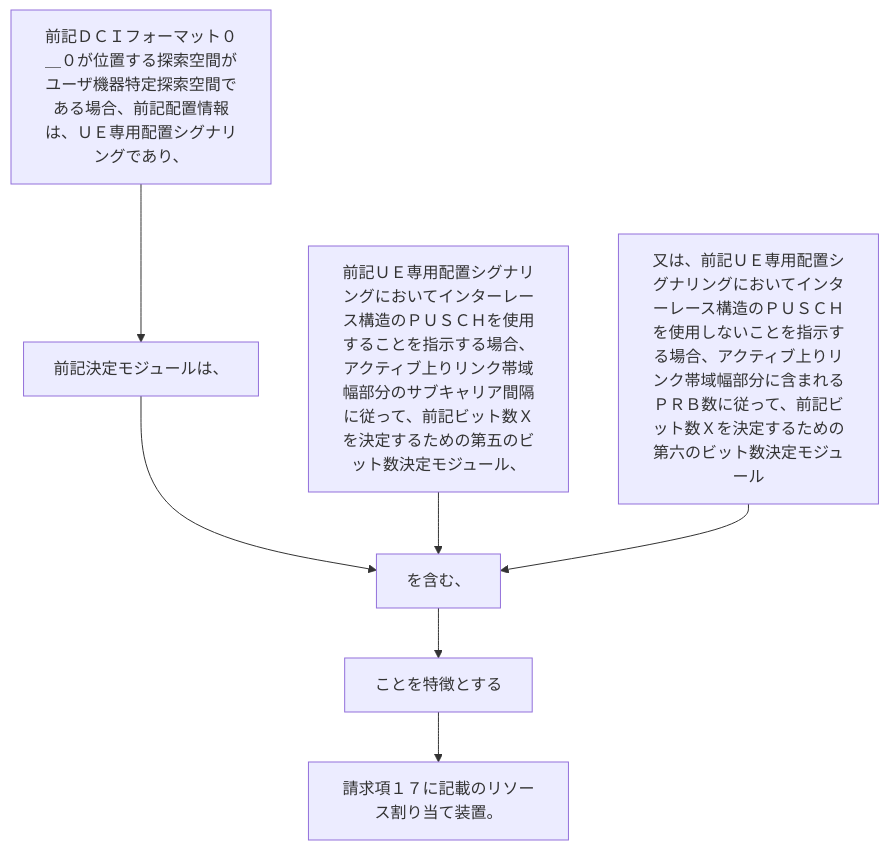
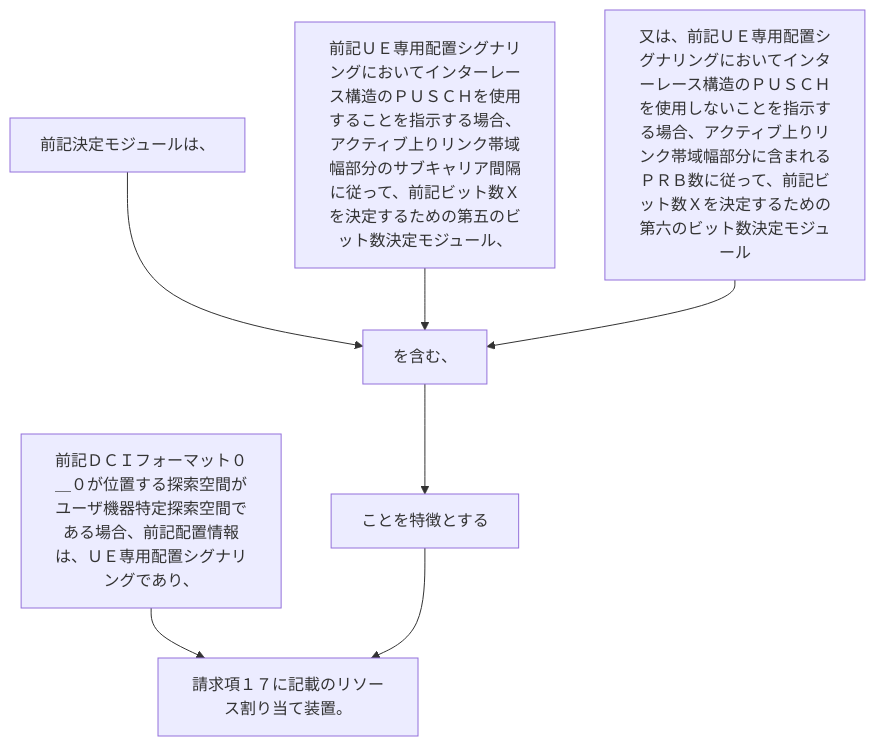
The diagram in 2024/JP2024029186A/claim_19/README.md (shinmori55/patent_analyzed), drawn with Mermaid before and after one commit. The commit also changed 336 other files, not shown here.

````diff
--- a/2024/JP2024029186A/claim_19/README.md
+++ b/2024/JP2024029186A/claim_19/README.md
@@ -6,16 +6,16 @@
 ```mermaid
 flowchart TD
 A[前記ＤＣＩフォーマット０＿０が位置する探索空間がユーザ機器特定探索空間である場合、前記配置情報は、ＵＥ専用配置シグナリングであり、]
 B[前記決定モジュールは、]
 C[前記ＵＥ専用配置シグナリングにおいてインターレース構造のＰＵＳＣＨを使用することを指示する場合、アクティブ上りリンク帯域幅部分のサブキャリア間隔に従って、前記ビット数Ｘを決定するための第五のビット数決定モジュール、]
-E[又は、前記ＵＥ専用配置シグナリングにおいてインターレース構造のＰＵＳＣＨを使用しないことを指示する場合、アクティブ上りリンク帯域幅部分に含まれるＰＲＢ数に従って、前記ビット数Ｘを決定するための第六のビット数決定モジュール]
-F[を含む、]
-G[ことを特徴とする]
-H[請求項１７に記載のリソース割り当て装置。]
-A --> B
-B --> F
-C --> F
+D[又は、前記ＵＥ専用配置シグナリングにおいてインターレース構造のＰＵＳＣＨを使用しないことを指示する場合、アクティブ上りリンク帯域幅部分に含まれるＰＲＢ数に従って、前記ビット数Ｘを決定するための第六のビット数決定モジュール]
+E[を含む、]
+F[ことを特徴とする]
+G[請求項１７に記載のリソース割り当て装置。]
+A --> G
+B --> E
+C --> E
+D --> E
 E --> F
 F --> G
-G --> H
 ```
````
